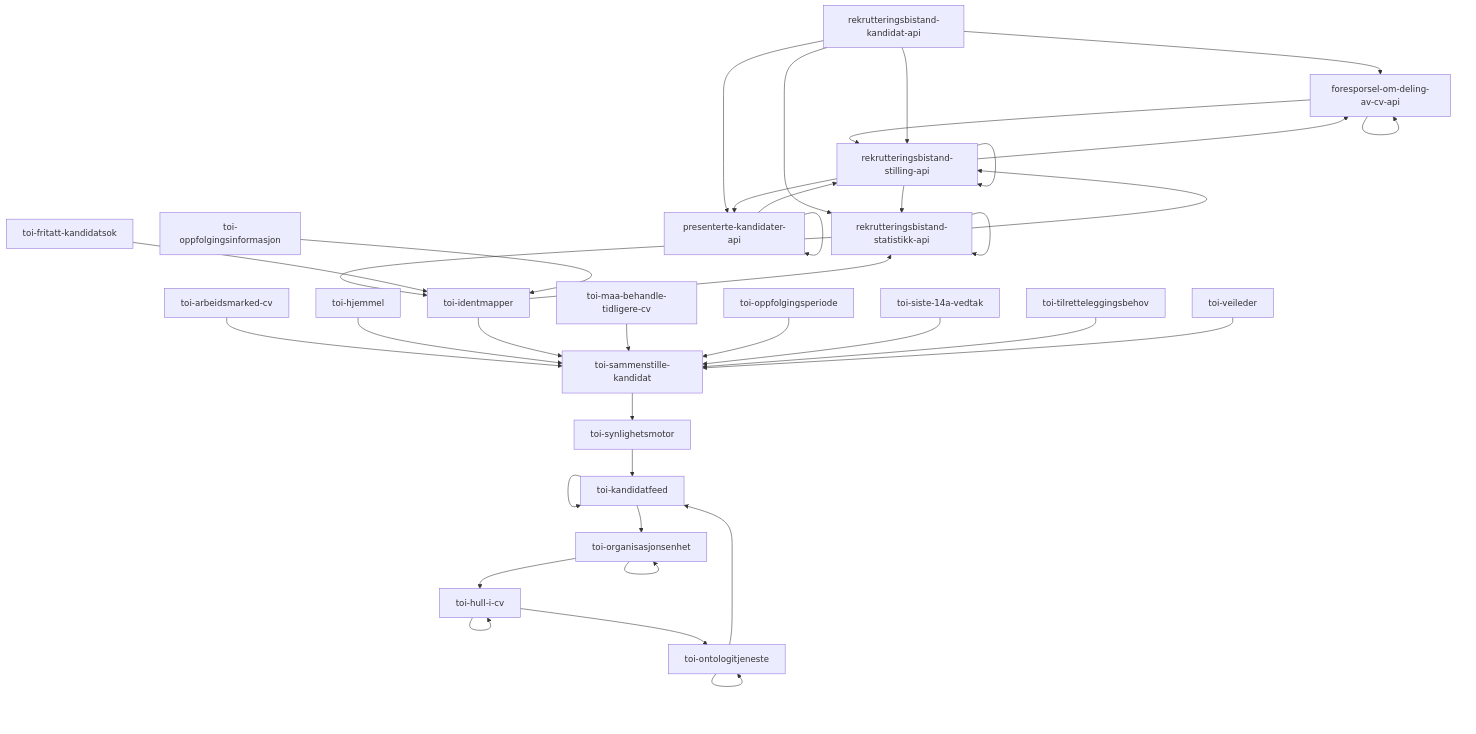
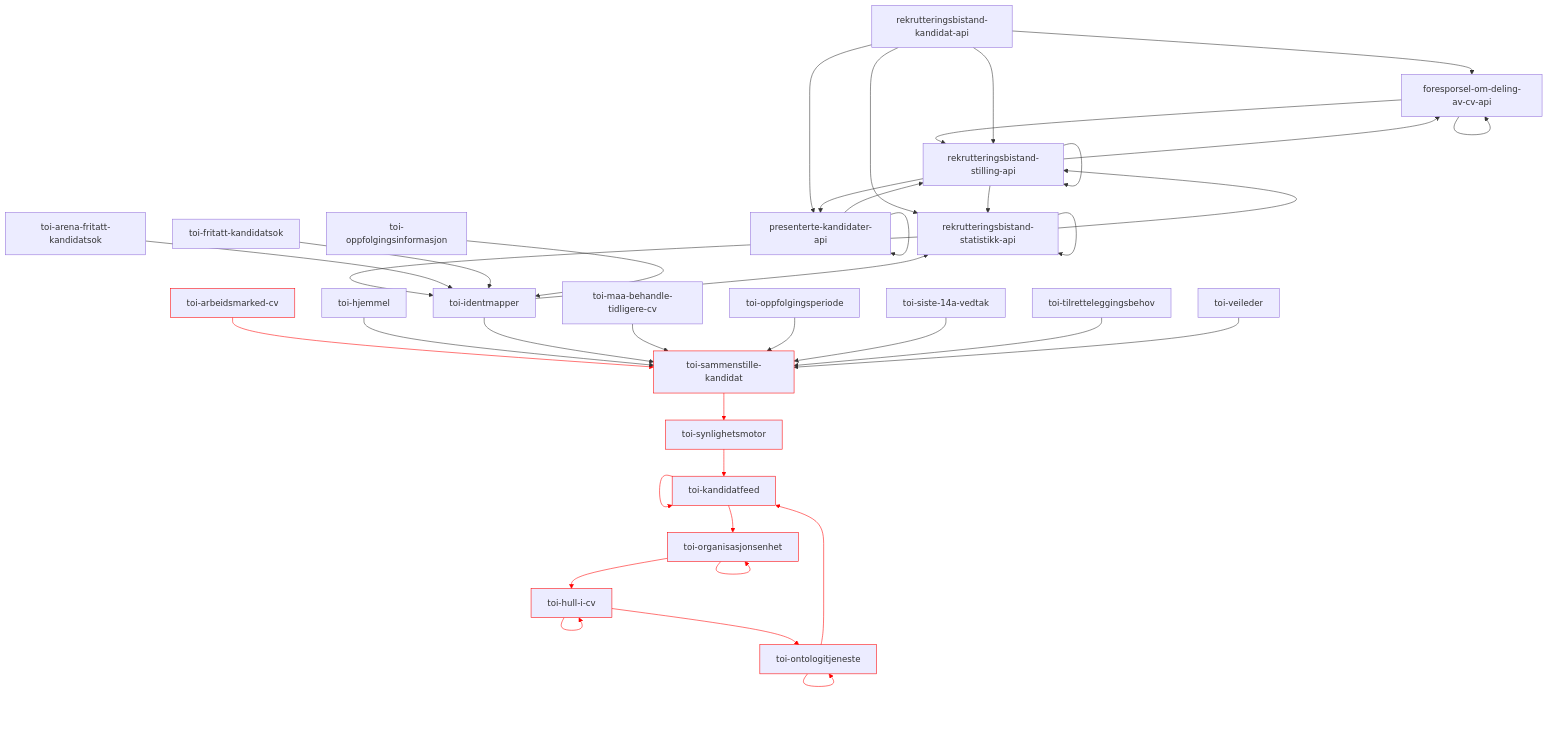
The third of 24 diagrams in README.md (navikt/toi-rapids-and-rivers-grapher), drawn with Mermaid before and after one commit. The commit also changed other lines of this file, not shown here.

````diff
--- a/README.md
+++ b/README.md
@@ -92,41 +94,43 @@
 ```mermaid
 graph TD;
 foresporsel-om-deling-av-cv-api --> foresporsel-om-deling-av-cv-api;
 foresporsel-om-deling-av-cv-api --> rekrutteringsbistand-stilling-api;
 presenterte-kandidater-api --> presenterte-kandidater-api;
 presenterte-kandidater-api --> rekrutteringsbistand-stilling-api;
 rekrutteringsbistand-kandidat-api --> foresporsel-om-deling-av-cv-api;
 rekrutteringsbistand-kandidat-api --> presenterte-kandidater-api;
 rekrutteringsbistand-kandidat-api --> rekrutteringsbistand-statistikk-api;
 rekrutteringsbistand-kandidat-api --> rekrutteringsbistand-stilling-api;
 rekrutteringsbistand-statistikk-api --> rekrutteringsbistand-statistikk-api;
 rekrutteringsbistand-statistikk-api --> rekrutteringsbistand-stilling-api;
 rekrutteringsbistand-statistikk-api --> toi-identmapper;
 rekrutteringsbistand-stilling-api --> foresporsel-om-deling-av-cv-api;
 rekrutteringsbistand-stilling-api --> presenterte-kandidater-api;
 rekrutteringsbistand-stilling-api --> rekrutteringsbistand-statistikk-api;
 rekrutteringsbistand-stilling-api --> rekrutteringsbistand-stilling-api;
-toi-arbeidsmarked-cv --> toi-sammenstille-kandidat;
+toi-arbeidsmarked-cv:::x --> toi-sammenstille-kandidat:::x;
+toi-arena-fritatt-kandidatsok --> toi-identmapper;
 toi-fritatt-kandidatsok --> toi-identmapper;
 toi-hjemmel --> toi-sammenstille-kandidat;
-toi-hull-i-cv --> toi-hull-i-cv;
-toi-hull-i-cv --> toi-ontologitjeneste;
+toi-hull-i-cv:::x --> toi-hull-i-cv:::x;
+toi-hull-i-cv:::x --> toi-ontologitjeneste:::x;
 toi-identmapper --> rekrutteringsbistand-statistikk-api;
 toi-identmapper --> toi-sammenstille-kandidat;
-toi-kandidatfeed --> toi-kandidatfeed;
-toi-kandidatfeed --> toi-organisasjonsenhet;
+toi-kandidatfeed:::x --> toi-kandidatfeed:::x;
+toi-kandidatfeed:::x --> toi-organisasjonsenhet:::x;
 toi-maa-behandle-tidligere-cv --> toi-sammenstille-kandidat;
-toi-ontologitjeneste --> toi-kandidatfeed;
-toi-ontologitjeneste --> toi-ontologitjeneste;
+toi-ontologitjeneste:::x --> toi-kandidatfeed:::x;
+toi-ontologitjeneste:::x --> toi-ontologitjeneste:::x;
 toi-oppfolgingsinformasjon --> toi-identmapper;
 toi-oppfolgingsperiode --> toi-sammenstille-kandidat;
-toi-organisasjonsenhet --> toi-hull-i-cv;
-toi-organisasjonsenhet --> toi-organisasjonsenhet;
-toi-sammenstille-kandidat --> toi-synlighetsmotor;
+toi-organisasjonsenhet:::x --> toi-hull-i-cv:::x;
+toi-organisasjonsenhet:::x --> toi-organisasjonsenhet:::x;
+toi-sammenstille-kandidat:::x --> toi-synlighetsmotor:::x;
 toi-siste-14a-vedtak --> toi-sammenstille-kandidat;
-toi-synlighetsmotor --> toi-kandidatfeed;
+toi-synlighetsmotor:::x --> toi-kandidatfeed:::x;
 toi-tilretteleggingsbehov --> toi-sammenstille-kandidat;
 toi-veileder --> toi-sammenstille-kandidat;
 
-
+linkStyle 15,19,20,23,24,26,27,30,31,32,34 stroke:red;
+classDef x stroke: red;
 ```
````
